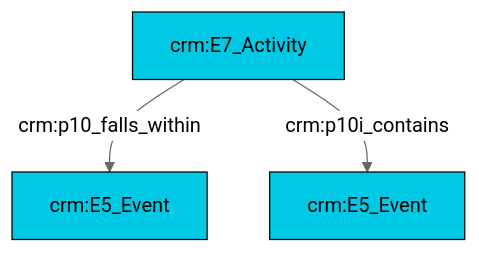
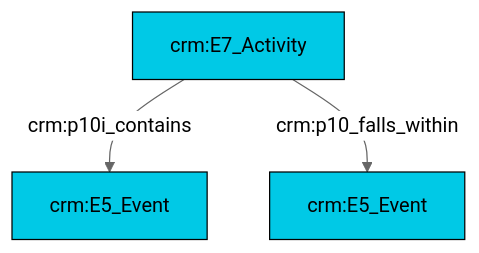
Before and after one commit to swiss-art-research-net/docs.swissartresearch: the diagram in et/eventCSV/ttl/mmd/event_parthood.ttl.mmd, drawn with Mermaid (neutral theme). The commit also changed 209 other files, not shown here.

```diff
--- a/et/eventCSV/ttl/mmd/event_parthood.ttl.mmd
+++ b/et/eventCSV/ttl/mmd/event_parthood.ttl.mmd
@@ -1,17 +1,17 @@
 graph TD
 classDef Literal fill:#f2f2f2,stroke:#000000;
 classDef CRM_Entity fill:#FFFFFF,stroke:#000000;
 classDef Temporal_Entity fill:#00C9E6, stroke:#000000;
 classDef Type fill:#E18312, stroke:#000000;
 classDef Time-Span fill:#2C9C91, stroke:#000000;
 classDef Appellation fill:#FFEB7F, stroke:#000000;
 classDef Place fill:#008836, stroke:#000000;
 classDef Persistent_Item fill:#B266B2, stroke:#000000;
 classDef Conceptual_Object fill:#FFD700, stroke:#000000;
 classDef Physical_Thing fill:#D2B48C, stroke:#000000;
 classDef Actor fill:#f58aad, stroke:#000000;
 classDef PC_Classes fill:#4ce600, stroke:#000000;
 classDef Multi fill:#cccccc,stroke:#000000;
 
-0["crm:E7_Activity"]:::Temporal_Entity -->|crm:p10_falls_within| 1["crm:E5_Event"]:::Temporal_Entity
-0["crm:E7_Activity"]:::Temporal_Entity -->|crm:p10i_contains| 2["crm:E5_Event"]:::Temporal_Entity
+0["crm:E7_Activity"]:::Temporal_Entity -->|crm:p10i_contains| 1["crm:E5_Event"]:::Temporal_Entity
+0["crm:E7_Activity"]:::Temporal_Entity -->|crm:p10_falls_within| 3["crm:E5_Event"]:::Temporal_Entity
```
